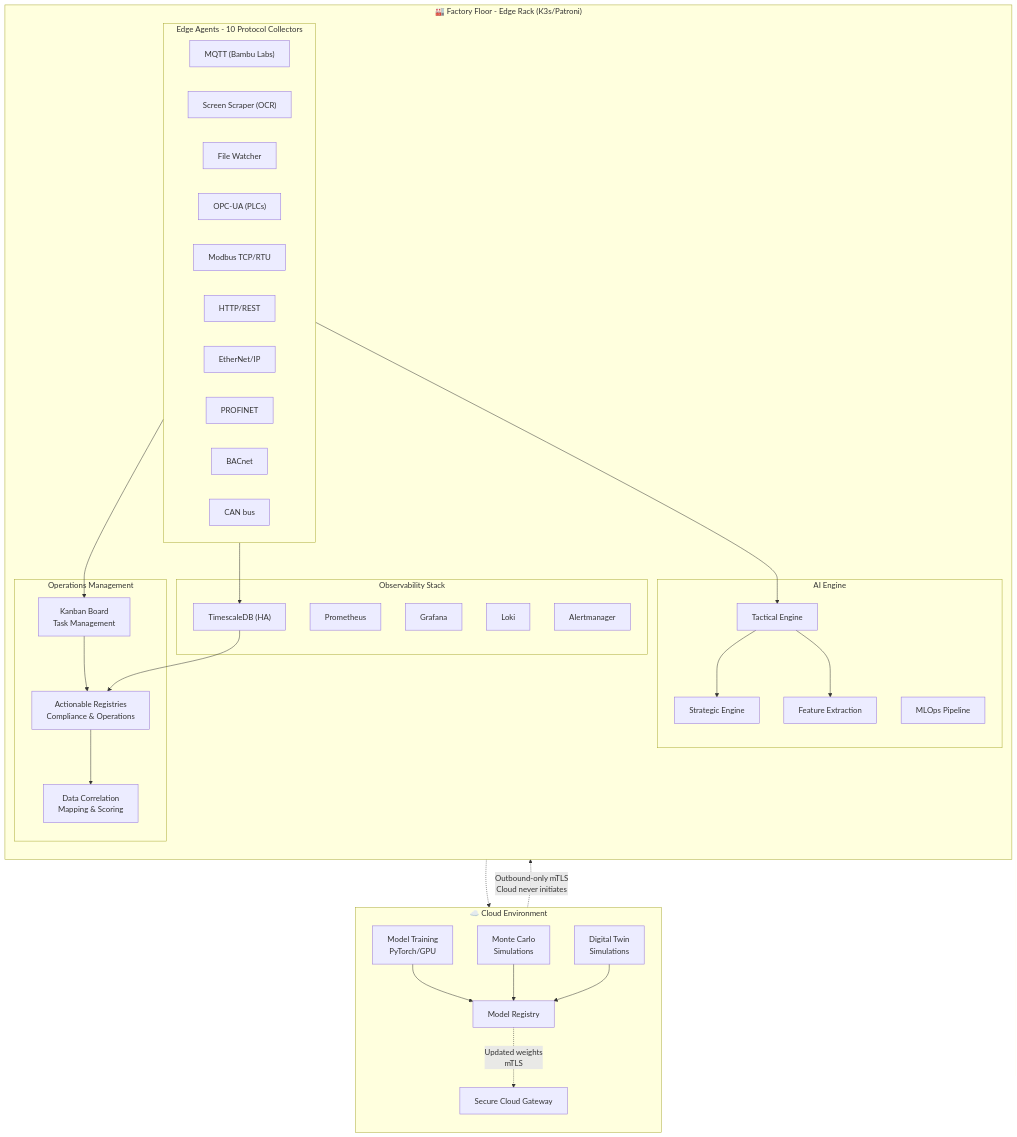
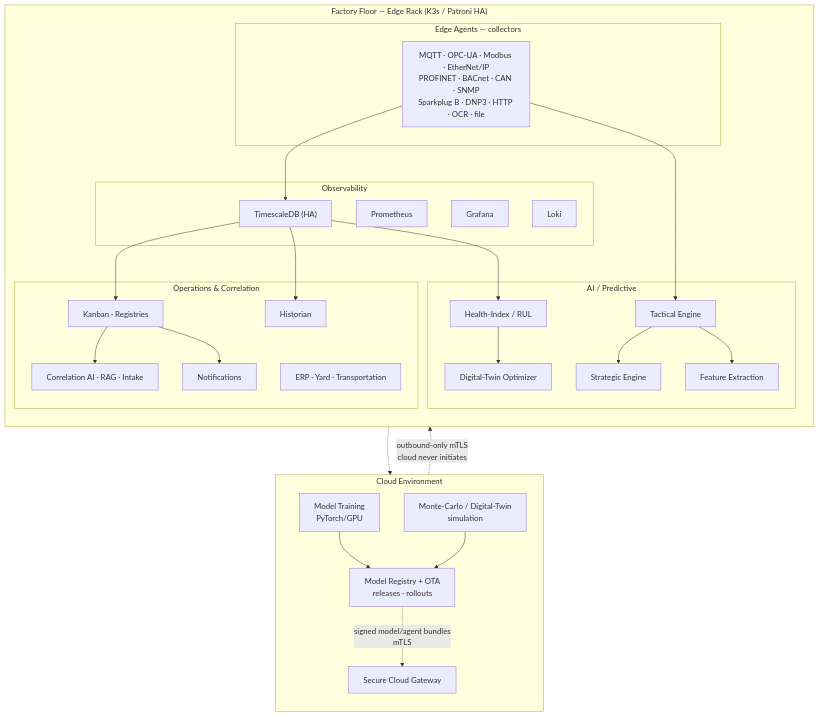
The third of 5 diagrams in README.md (SoundSafe-Dev/OmniusGrid-X), drawn with Mermaid before and after one commit. The commit also changed other lines of this file, not shown here.

First line of the commit message:
docs(readme): accurate architecture diagrams — data flow + component wiring

````diff
--- a/README.md
+++ b/README.md
@@ -192,64 +287,52 @@
 ```mermaid
 flowchart TB
-    subgraph CLOUD["☁️ Cloud Environment"]
+    subgraph CLOUD["Cloud Environment"]
         direction TB
         MT["Model Training<br/>PyTorch/GPU"]
-        MC["Monte Carlo<br/>Simulations"]
-        DT["Digital Twin<br/>Simulations"]
-        MR["Model Registry"]
+        MC["Monte-Carlo / Digital-Twin<br/>simulation"]
+        MR["Model Registry + OTA<br/>releases · rollouts"]
         CG["Secure Cloud Gateway"]
         MT --> MR
         MC --> MR
-        DT --> MR
     end
 
-    MR -. "Updated weights<br/>mTLS" .-> CG
+    MR -. "signed model/agent bundles<br/>mTLS" .-> CG
 
-    subgraph EDGE["🏭 Factory Floor - Edge Rack (K3s/Patroni)"]
+    subgraph EDGE["Factory Floor — Edge Rack (K3s / Patroni HA)"]
         direction TB
-        subgraph OBS["Observability Stack"]
+        subgraph OBS["Observability"]
             PROM["Prometheus"]
             GRAF["Grafana"]
             LOKI["Loki"]
-            ALERT["Alertmanager"]
             TSDB["TimescaleDB (HA)"]
         end
-
-        subgraph AI["AI Engine"]
+        subgraph AI["AI / Predictive"]
             TACT["Tactical Engine"]
             STRAT["Strategic Engine"]
-            MLOPS["MLOps Pipeline"]
+            RUL["Health-Index / RUL"]
+            TWIN["Digital-Twin Optimizer"]
             FEAT["Feature Extraction"]
         end
-
-        subgraph AGENTS["Edge Agents - 10 Protocol Collectors"]
-            MQTT["MQTT (Bambu Labs)"]
-            SCRAPER["Screen Scraper (OCR)"]
-            FILE["File Watcher"]
-            OPC["OPC-UA (PLCs)"]
-            MODBUS["Modbus TCP/RTU"]
-            HTTP["HTTP/REST"]
-            EIP["EtherNet/IP"]
-            PROFI["PROFINET"]
-            BACNET["BACnet"]
-            CANBUS["CAN bus"]
+        subgraph AGENTS["Edge Agents — collectors"]
+            COL["MQTT · OPC-UA · Modbus · EtherNet/IP<br/>PROFINET · BACnet · CAN · SNMP<br/>Sparkplug B · DNP3 · HTTP · OCR · file"]
         end
-
-        subgraph OPS["Operations Management"]
-            KANBAN["Kanban Board<br/>Task Management"]
-            REG["Actionable Registries<br/>Compliance & Operations"]
-            CORR["Data Correlation<br/>Mapping & Scoring"]
+        subgraph OPS["Operations & Correlation"]
+            KANBAN["Kanban · Registries"]
+            NOTIF["Notifications"]
+            HIST["Historian"]
+            ERP2["ERP · Yard · Transportation"]
+            CORR["Correlation AI · RAG · Intake"]
         end
     end
 
-    CG -. "Outbound-only mTLS<br/>Cloud never initiates" .-> EDGE
-    AGENTS --> TACT
-    AGENTS --> TSDB
-    AGENTS --> KANBAN
+    CG -. "outbound-only mTLS<br/>cloud never initiates" .-> EDGE
+    COL --> TACT
+    COL --> TSDB
+    TSDB --> RUL --> TWIN
     TACT --> STRAT
     TACT --> FEAT
     FEAT -.-> CG
-    KANBAN --> REG
-    REG --> CORR
-    TSDB --> REG
+    TSDB --> KANBAN --> CORR
+    KANBAN --> NOTIF
+    TSDB --> HIST
 ```
````
